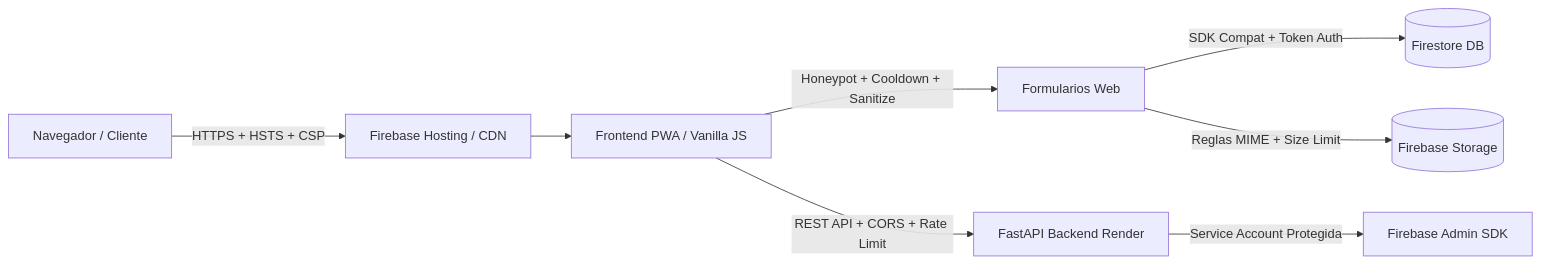
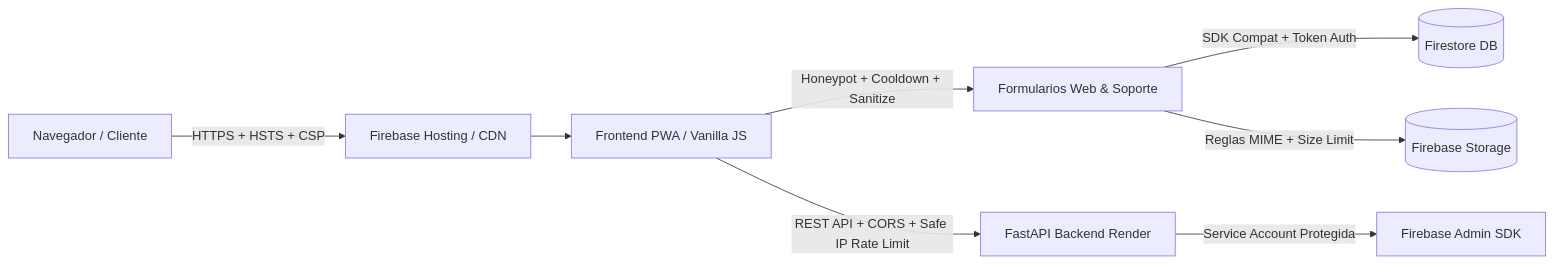
The second of 2 diagrams in docs/DEVSECOPS_SECURITY_LEDGER.md (Solecitos333/Futunet-test-v6), drawn with Mermaid before and after one commit. The commit also changed other lines of this file and 73 other files, not shown here.

````diff
--- a/docs/DEVSECOPS_SECURITY_LEDGER.md
+++ b/docs/DEVSECOPS_SECURITY_LEDGER.md
@@ -44,10 +44,10 @@
 ```mermaid
 graph LR
     User[Navegador / Cliente] -->|HTTPS + HSTS + CSP| CDN[Firebase Hosting / CDN]
     CDN --> Front[Frontend PWA / Vanilla JS]
-    Front -->|Honeypot + Cooldown + Sanitize| Form[Formularios Web]
+    Front -->|Honeypot + Cooldown + Sanitize| Form[Formularios Web & Soporte]
     Form -->|SDK Compat + Token Auth| FStore[(Firestore DB)]
     Form -->|Reglas MIME + Size Limit| FStoreStorage[(Firebase Storage)]
-    Front -->|REST API + CORS + Rate Limit| Back[FastAPI Backend Render]
+    Front -->|REST API + CORS + Safe IP Rate Limit| Back[FastAPI Backend Render]
     Back -->|Service Account Protegida| FAdmin[Firebase Admin SDK]
 ```
````
